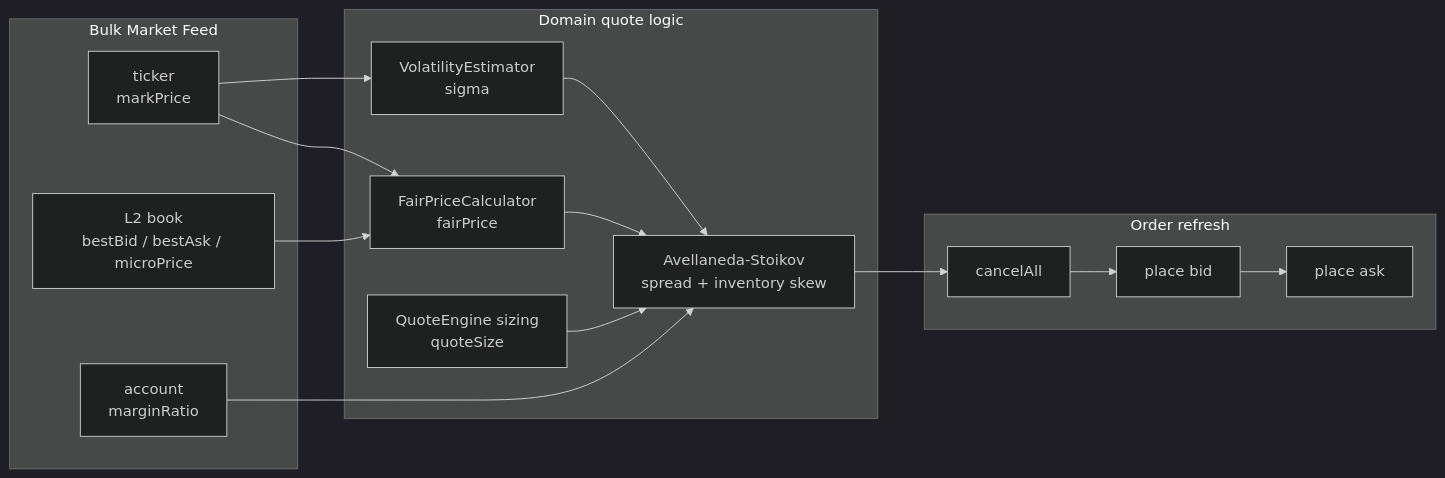
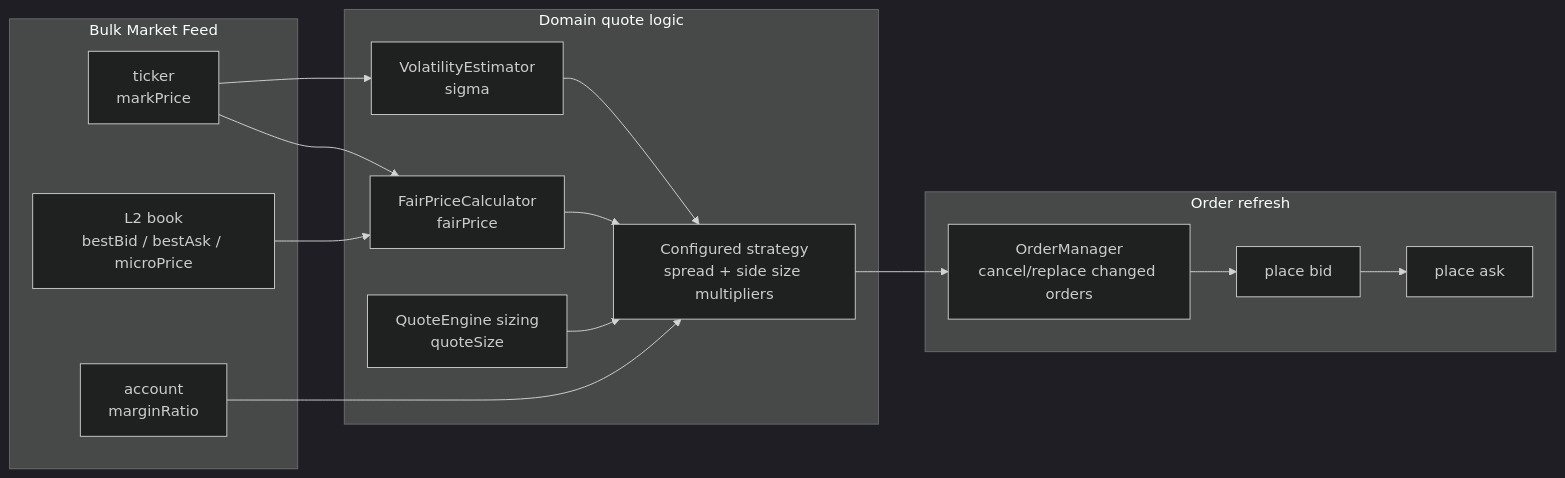
One commit to posaune0423/simple-mm-bot changed the first of 7 diagrams in docs/storategy/README.md. Above: the diagram before and after it, drawn with Mermaid (dark theme). The commit also changed other lines of this file and 58 other files, not shown here.

````diff
--- a/docs/storategy/README.md
+++ b/docs/storategy/README.md
@@ -10,30 +10,30 @@
 ```mermaid
 flowchart LR
   subgraph Market["Bulk Market Feed"]
     Ticker["ticker<br/>markPrice"]
     Book["L2 book<br/>bestBid / bestAsk / microPrice"]
     Account["account<br/>marginRatio"]
   end
 
   subgraph Domain["Domain quote logic"]
     Fair["FairPriceCalculator<br/>fairPrice"]
     Vol["VolatilityEstimator<br/>sigma"]
     Size["QuoteEngine sizing<br/>quoteSize"]
-    AS["Avellaneda-Stoikov<br/>spread + inventory skew"]
+    AS["Configured strategy<br/>spread + side size multipliers"]
   end
 
   subgraph Orders["Order refresh"]
-    Cancel["cancelAll"]
+    Reconcile["OrderManager<br/>cancel/replace changed orders"]
     Bid["place bid"]
     Ask["place ask"]
   end
 
   Ticker --> Fair
   Book --> Fair
   Ticker --> Vol
   Account --> AS
   Fair --> AS
   Vol --> AS
   Size --> AS
-  AS --> Cancel --> Bid --> Ask
+  AS --> Reconcile --> Bid --> Ask
 ```
````
